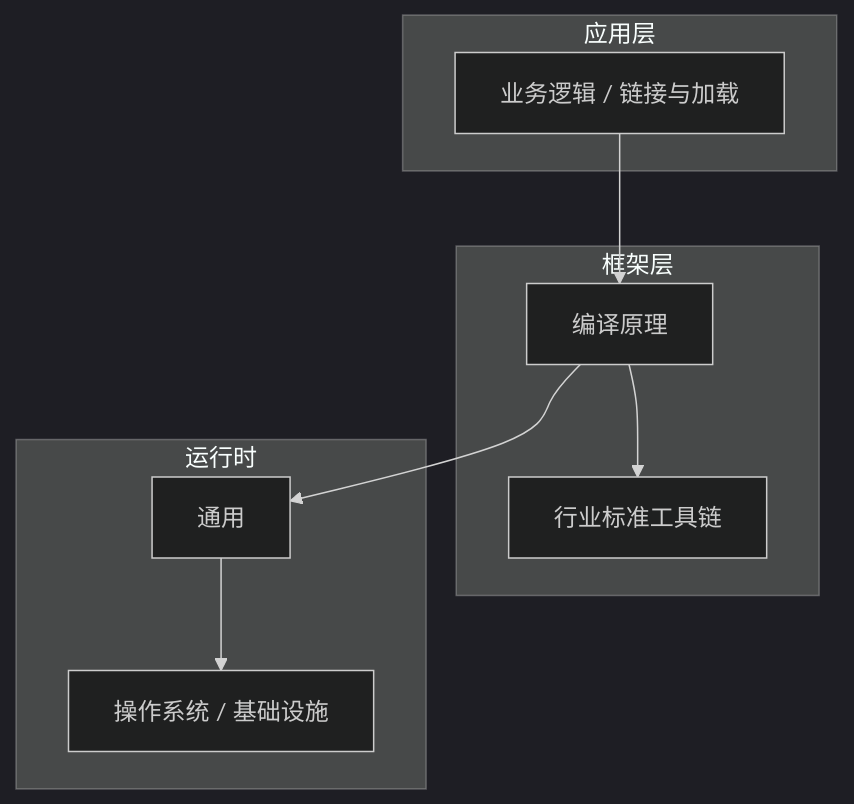
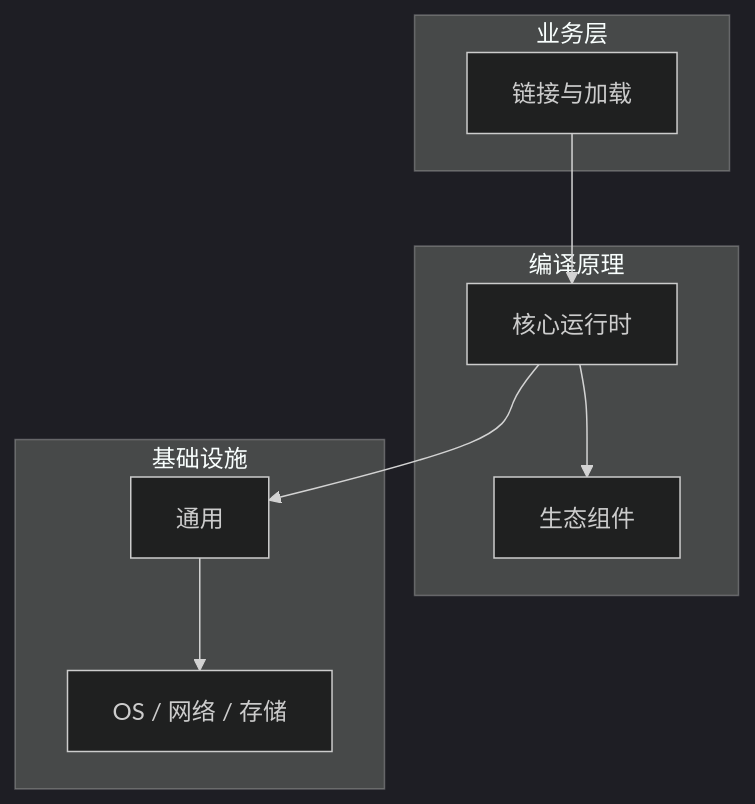
The diagram in articles/编译原理/chapters/081-链接与加载核心概念与原理.md (yanggan2015/knowledge-json-v2), drawn with Mermaid (dark theme) before and after one commit. The commit also changed other lines of this file and 10127 other files, not shown here.

````diff
--- a/articles/编译原理/chapters/081-链接与加载核心概念与原理.md
+++ b/articles/编译原理/chapters/081-链接与加载核心概念与原理.md
@@ -45,18 +34,18 @@
 ```mermaid
 graph TB
-    subgraph 应用层
-        A[业务逻辑 / 链接与加载]
+    subgraph 业务层
+        A[链接与加载]
     end
-    subgraph 框架层
-        B[编译原理]
-        C[行业标准工具链]
+    subgraph 编译原理
+        B[核心运行时]
+        C[生态组件]
     end
-    subgraph 运行时
+    subgraph 基础设施
         D[通用]
-        E[操作系统 / 基础设施]
+        E[OS / 网络 / 存储]
     end
     A --> B
     B --> C
     B --> D
     D --> E
 ```
````
